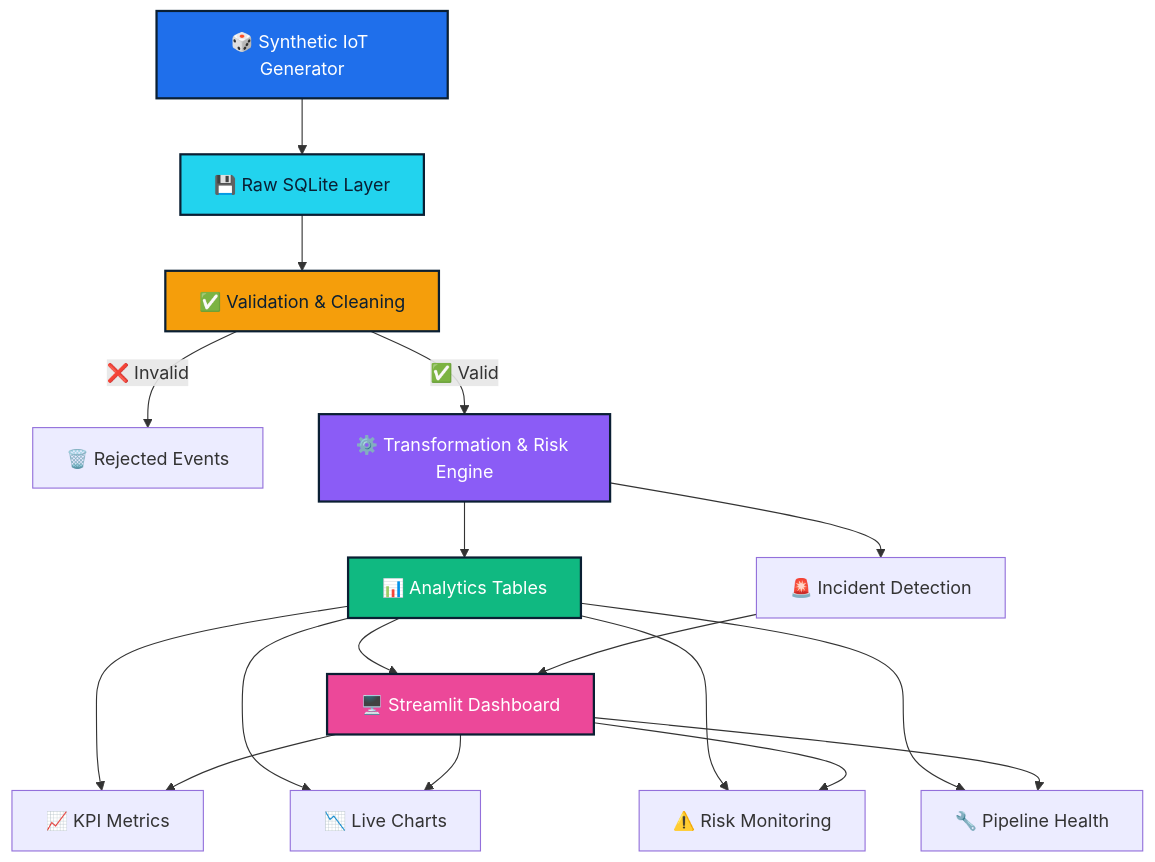
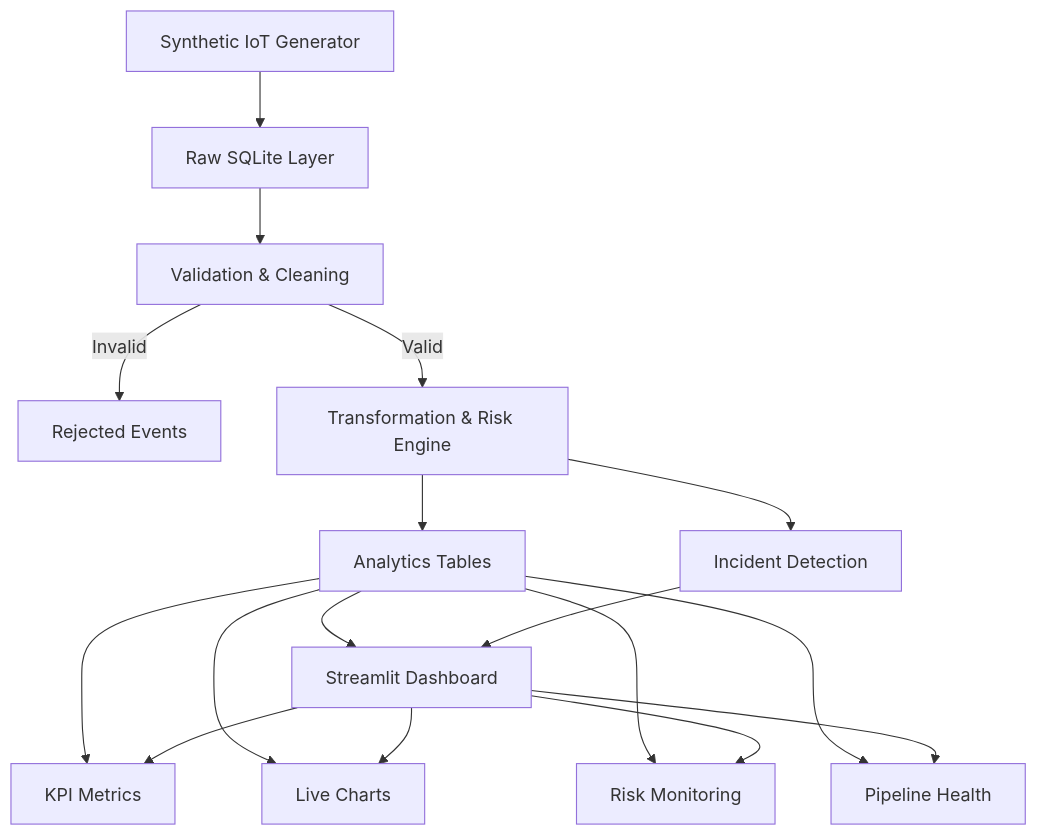
One commit to sourishdey2005/FrostPulse-Business-Analytics changed the first of 2 diagrams in README.md. Above: the diagram before and after it, drawn with Mermaid. The commit also changed other lines of this file, not shown here.

Commit message:
fix: remove unsupported Mermaid style directives causing GitHub render error

````diff
--- a/README.md
+++ b/README.md
@@ -101,26 +101,19 @@
 ```mermaid
 flowchart TD
-    A[🎲 Synthetic IoT Generator] --> B[💾 Raw SQLite Layer]
-    B --> C[✅ Validation & Cleaning]
-    C -->|❌ Invalid| G[🗑️ Rejected Events]
-    C -->|✅ Valid| D[⚙️ Transformation & Risk Engine]
-    D --> E[📊 Analytics Tables]
-    D --> H[🚨 Incident Detection]
-    E --> F[🖥️ Streamlit Dashboard]
+    A[Synthetic IoT Generator] --> B[Raw SQLite Layer]
+    B --> C[Validation & Cleaning]
+    C -->|Invalid| G[Rejected Events]
+    C -->|Valid| D[Transformation & Risk Engine]
+    D --> E[Analytics Tables]
+    D --> H[Incident Detection]
+    E --> F[Streamlit Dashboard]
     H --> F
-    E --> I[📈 KPI Metrics]
-    E --> J[📉 Live Charts]
-    E --> K[⚠️ Risk Monitoring]
-    E --> L[🔧 Pipeline Health]
+    E --> I[KPI Metrics]
+    E --> J[Live Charts]
+    E --> K[Risk Monitoring]
+    E --> L[Pipeline Health]
     F --> I
     F --> J
     F --> K
     F --> L
-    
-    style A fill:#1F6FEB,color:#fff,stroke:#0A1F33,stroke-width:2px
-    style B fill:#22D3EE,color:#0A1F33,stroke:#0A1F33,stroke-width:2px
-    style C fill:#F59E0B,color:#0A1F33,stroke:#0A1F33,stroke-width:2px
-    style D fill:#8B5CF6,color:#fff,stroke:#0A1F33,stroke-width:2px
-    style E fill:#10B981,color:#fff,stroke:#0A1F33,stroke-width:2px
-    style F fill:#EC4899,color:#fff,stroke:#0A1F33,stroke-width:2px
 ```
````
